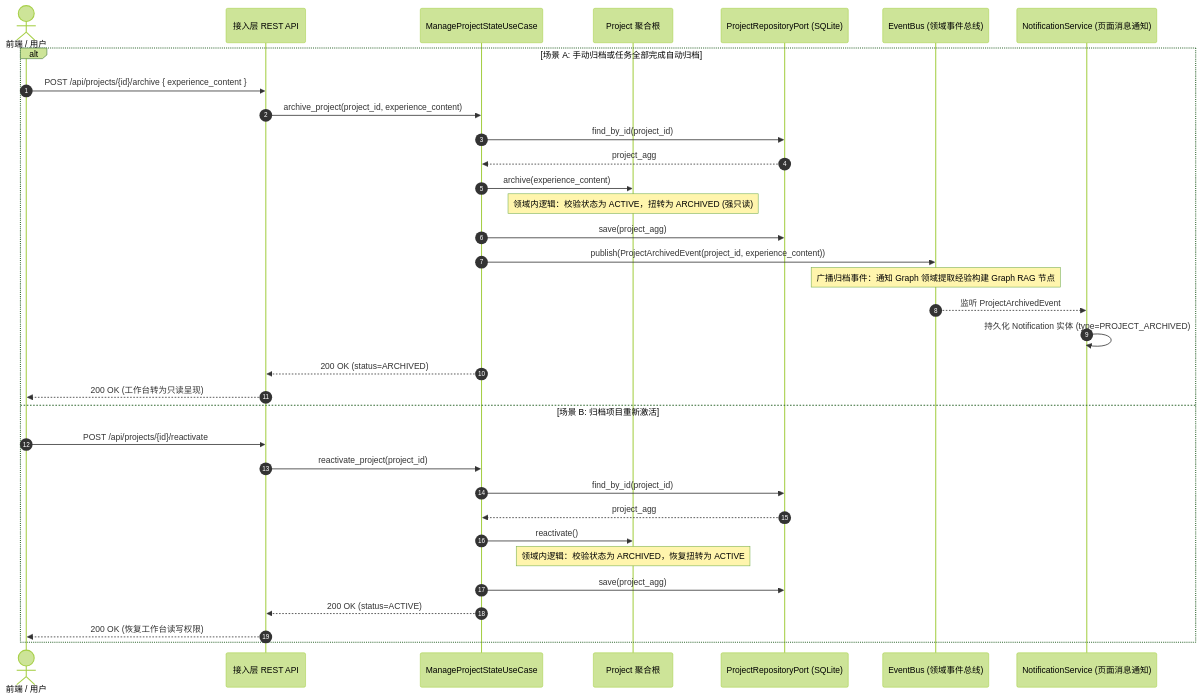
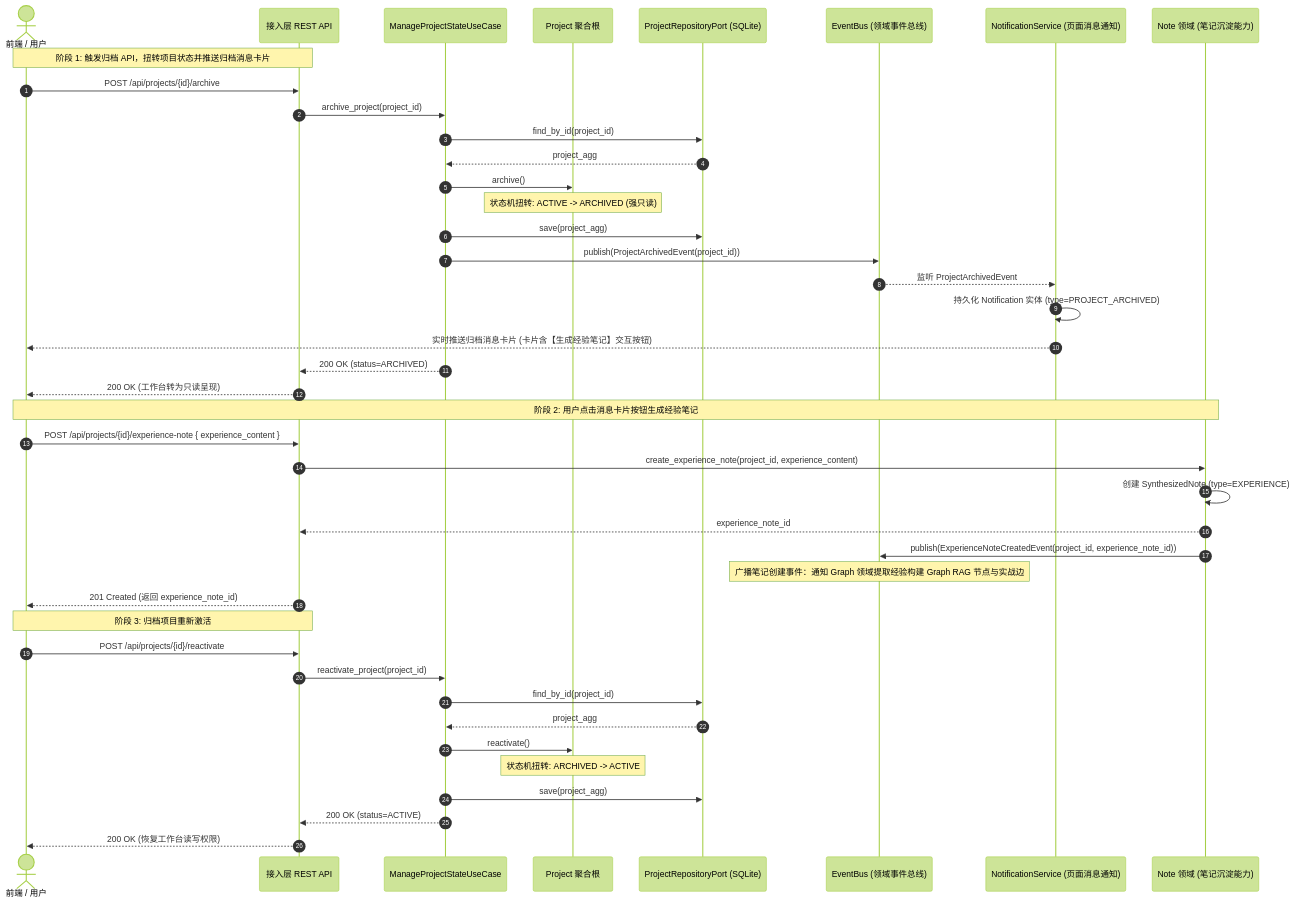
Before and after one commit to shanglihong/i-have-a-plan: the sixth of 6 diagrams in docs/10_backend_implementation_plan/project/project_backend_design_spec_v1.0.md, drawn with Mermaid (forest theme). The commit also changed other lines of this file and 4 other files, not shown here.

Commit message:
docs: update API specifications and add backend design documentation for book and project modules

````diff
--- a/docs/10_backend_implementation_plan/project/project_backend_design_spec_v1.0.md
+++ b/docs/10_backend_implementation_plan/project/project_backend_design_spec_v1.0.md
@@ -322,41 +325,47 @@
 ```mermaid
 sequenceDiagram
     autonumber
     actor Caller as 前端 / 用户
     participant REST as 接入层 REST API
     participant UC as ManageProjectStateUseCase
     participant Agg as Project 聚合根
     participant Repo as ProjectRepositoryPort (SQLite)
     participant EventBus as EventBus (领域事件总线)
     participant NoticeService as NotificationService (页面消息通知)
+    participant NoteDomain as Note 领域 (笔记沉淀能力)
 
-    alt 场景 A: 手动归档或任务全部完成自动归档
-        Caller->>REST: POST /api/projects/{id}/archive { experience_content }
-        REST->>UC: archive_project(project_id, experience_content)
-        UC->>Repo: find_by_id(project_id)
-        Repo-->>UC: project_agg
-        
-        UC->>Agg: archive(experience_content)
-        Note over Agg: 领域内逻辑：校验状态为 ACTIVE，扭转为 ARCHIVED (强只读)
-        UC->>Repo: save(project_agg)
+    Note over Caller, REST: 阶段 1: 触发归档 API，扭转项目状态并推送归档消息卡片
+    Caller->>REST: POST /api/projects/{id}/archive
+    REST->>UC: archive_project(project_id)
+    UC->>Repo: find_by_id(project_id)
+    Repo-->>UC: project_agg
+    UC->>Agg: archive()
+    Note over Agg: 状态机扭转: ACTIVE -> ARCHIVED (强只读)
+    UC->>Repo: save(project_agg)
+    UC->>EventBus: publish(ProjectArchivedEvent(project_id))
+    EventBus-->>NoticeService: 监听 ProjectArchivedEvent
+    NoticeService->>NoticeService: 持久化 Notification 实体 (type=PROJECT_ARCHIVED)
+    NoticeService-->>Caller: 实时推送归档消息卡片 (卡片含【生成经验笔记】交互按钮)
+    UC-->>REST: 200 OK (status=ARCHIVED)
+    REST-->>Caller: 200 OK (工作台转为只读呈现)
 
-        UC->>EventBus: publish(ProjectArchivedEvent(project_id, experience_content))
-        Note over EventBus: 广播归档事件：通知 Graph 领域提取经验构建 Graph RAG 节点
-        EventBus-->>NoticeService: 监听 ProjectArchivedEvent
-        NoticeService->>NoticeService: 持久化 Notification 实体 (type=PROJECT_ARCHIVED)
-        UC-->>REST: 200 OK (status=ARCHIVED)
-        REST-->>Caller: 200 OK (工作台转为只读呈现)
+    Note over Caller, NoteDomain: 阶段 2: 用户点击消息卡片按钮生成经验笔记
+    Caller->>REST: POST /api/projects/{id}/experience-note { experience_content }
+    REST->>NoteDomain: create_experience_note(project_id, experience_content)
+    NoteDomain->>NoteDomain: 创建 SynthesizedNote (type=EXPERIENCE)
+    NoteDomain-->>REST: experience_note_id
+    NoteDomain->>EventBus: publish(ExperienceNoteCreatedEvent(project_id, experience_note_id))
+    Note over EventBus: 广播笔记创建事件：通知 Graph 领域提取经验构建 Graph RAG 节点与实战边
+    REST-->>Caller: 201 Created (返回 experience_note_id)
 
-    else 场景 B: 归档项目重新激活
-        Caller->>REST: POST /api/projects/{id}/reactivate
-        REST->>UC: reactivate_project(project_id)
-        UC->>Repo: find_by_id(project_id)
-        Repo-->>UC: project_agg
-        
-        UC->>Agg: reactivate()
-        Note over Agg: 领域内逻辑：校验状态为 ARCHIVED，恢复扭转为 ACTIVE
-        UC->>Repo: save(project_agg)
-        UC-->>REST: 200 OK (status=ACTIVE)
-        REST-->>Caller: 200 OK (恢复工作台读写权限)
-    end
+    Note over Caller, REST: 阶段 3: 归档项目重新激活
+    Caller->>REST: POST /api/projects/{id}/reactivate
+    REST->>UC: reactivate_project(project_id)
+    UC->>Repo: find_by_id(project_id)
+    Repo-->>UC: project_agg
+    UC->>Agg: reactivate()
+    Note over Agg: 状态机扭转: ARCHIVED -> ACTIVE
+    UC->>Repo: save(project_agg)
+    UC-->>REST: 200 OK (status=ACTIVE)
+    REST-->>Caller: 200 OK (恢复工作台读写权限)
 ```
````
